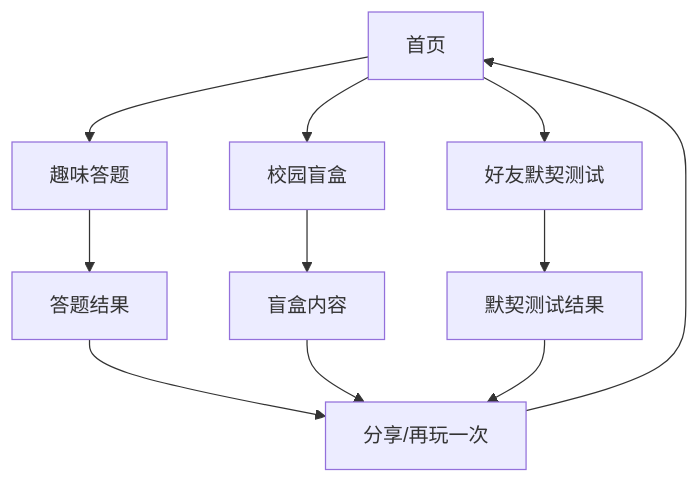
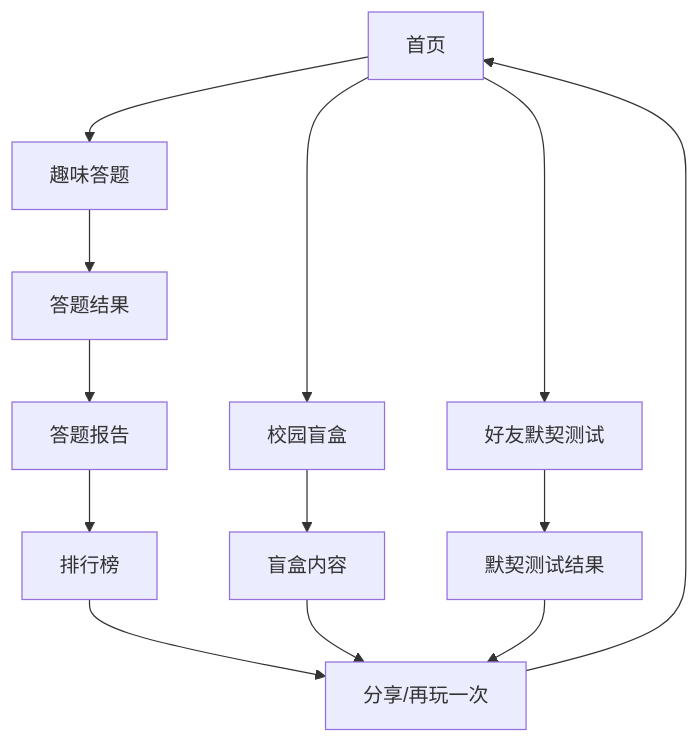
One commit to Jialearthur/Campus-AI-Intelligent-Mutual-Aid-and-Skill-Market-System changed the diagram in .trae/documents/prd.md. Above: the diagram before and after it, drawn with Mermaid. The commit also changed other lines of this file and 6 other files, not shown here.

````diff
--- a/.trae/documents/prd.md
+++ b/.trae/documents/prd.md
@@ -36,13 +36,15 @@
 ```mermaid
 flowchart TD
     A[首页] --> B[趣味答题]
     A --> C[校园盲盒]
     A --> D[好友默契测试]
     B --> E[答题结果]
-    C --> F[盲盒内容]
-    D --> G[默契测试结果]
-    E --> H[分享/再玩一次]
-    F --> H
-    G --> H
-    H --> A
+    E --> F[答题报告]
+    F --> G[排行榜]
+    C --> H[盲盒内容]
+    D --> I[默契测试结果]
+    G --> J[分享/再玩一次]
+    H --> J
+    I --> J
+    J --> A
 ```
````
